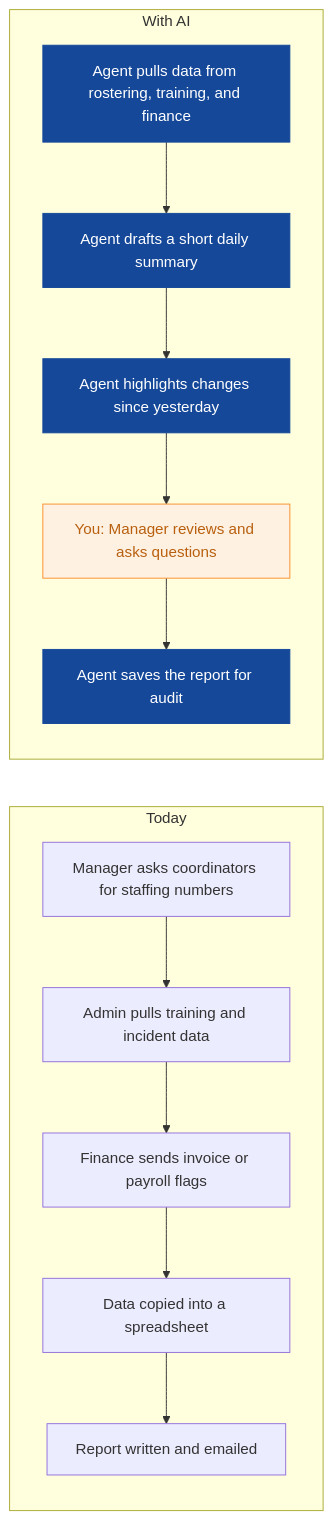
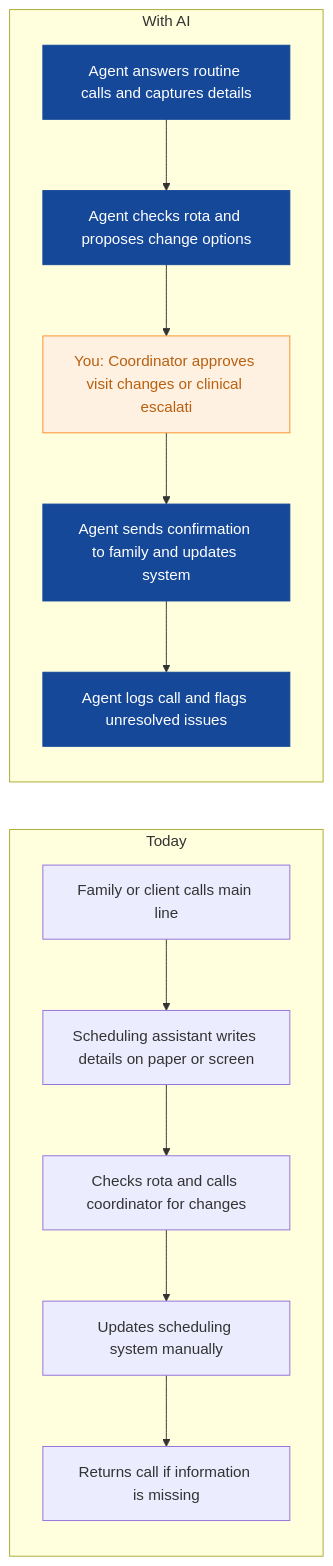
One commit to nexibeo/Complete-AI-Strategy changed the eighth of 8 diagrams in strategies/evergreen-home-care.md. Above: the diagram before and after it, drawn with Mermaid. The commit also changed other lines of this file and 26 other files, not shown here.

````diff
--- a/strategies/evergreen-home-care.md
+++ b/strategies/evergreen-home-care.md
@@ -282,23 +256,23 @@
 ```mermaid
 flowchart LR
   subgraph Today
-    B0["Manager asks coordinators for staffing numbers"]
-    B1["Admin pulls training and incident data"]
-    B2["Finance sends invoice or payroll flags"]
-    B3["Data copied into a spreadsheet"]
-    B4["Report written and emailed"]
+    B0["Family or client calls main line"]
+    B1["Scheduling assistant writes details on paper or screen"]
+    B2["Checks rota and calls coordinator for changes"]
+    B3["Updates scheduling system manually"]
+    B4["Returns call if information is missing"]
     B0 --> B1 --> B2 --> B3 --> B4
   end
   subgraph WithAI[With AI]
-    A0["Agent pulls data from rostering, training, and finance"]
-    A1["Agent drafts a short daily summary"]
-    A2["Agent highlights changes since yesterday"]
-    A3["You: Manager reviews and asks questions"]
-    A4["Agent saves the report for audit"]
+    A0["Agent answers routine calls and captures details"]
+    A1["Agent checks rota and proposes change options"]
+    A2["You: Coordinator approves visit changes or clinical escalati"]
+    A3["Agent sends confirmation to family and updates system"]
+    A4["Agent logs call and flags unresolved issues"]
     A0 --> A1 --> A2 --> A3 --> A4
   end
   classDef ai fill:#154899,color:#fff,stroke:#154899
   classDef human fill:#FFF1E2,color:#B8600F,stroke:#F98F2C
-  class A0,A1,A2,A4 ai
-  class A3 human
+  class A0,A1,A3,A4 ai
+  class A2 human
 ```
````
